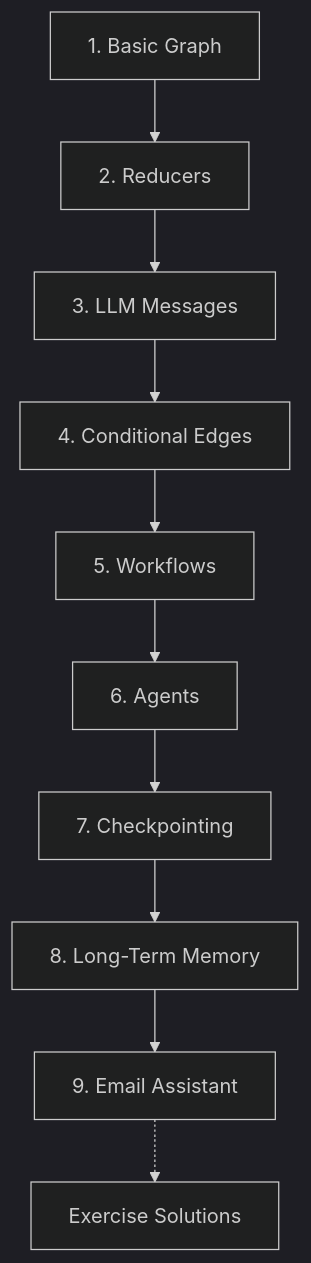
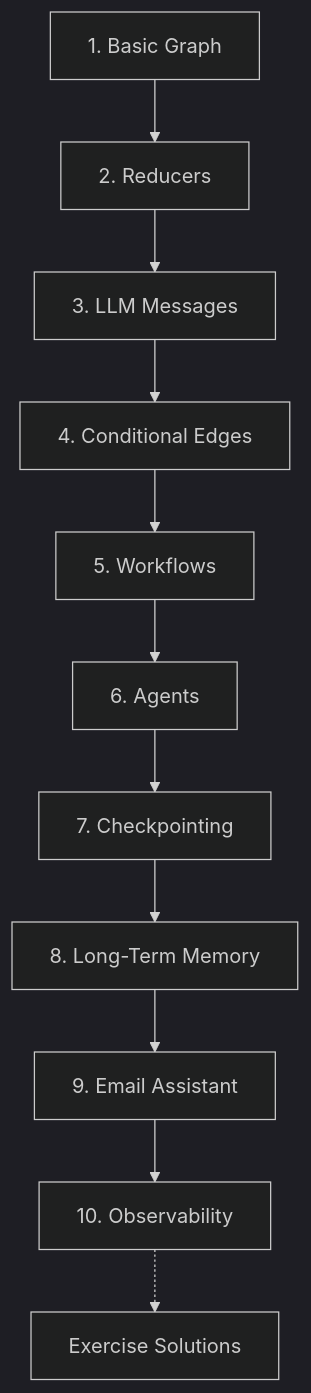
Before and after one commit to Walid-Ahmed/langgraph-tutorials: the second of 3 diagrams in README.md, drawn with Mermaid (dark theme). The commit also changed other lines of this file and 3 other files, not shown here.

````diff
--- a/README.md
+++ b/README.md
@@ -36,12 +36,13 @@
 ```mermaid
 flowchart TD
     A["1. Basic Graph"] --> B["2. Reducers"]
     B --> C["3. LLM Messages"]
     C --> D["4. Conditional Edges"]
     D --> E["5. Workflows"]
     E --> F["6. Agents"]
     F --> G["7. Checkpointing"]
     G --> H["8. Long-Term Memory"]
     H --> I["9. Email Assistant"]
-    I -.-> J["Exercise Solutions"]
+    I --> K["10. Observability"]
+    K -.-> J["Exercise Solutions"]
 ```
````
